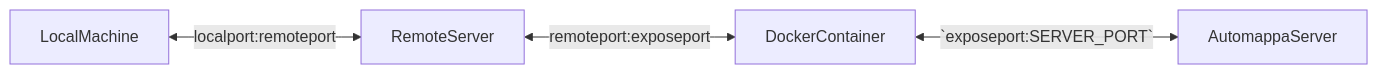
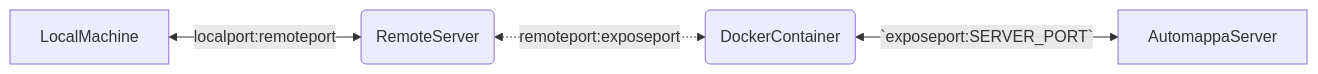
Before and after one commit to evanroyrees/Automappa: the first of 2 diagrams in docs/remote-server.md, drawn with Mermaid. The commit also changed other lines of this file, not shown here.

Commit message:
:memo::fire: align and style port forwarding example

````diff
--- a/docs/remote-server.md
+++ b/docs/remote-server.md
@@ -101,6 +101,6 @@
 ```mermaid
 graph LR
-    LocalMachine<-- localport:remoteport -->RemoteServer
-    RemoteServer<-- remoteport:exposeport -->DockerContainer
-    DockerContainer<-- `exposeport:SERVER_PORT` -->AutomappaServer
+    A[LocalMachine]<-- localport:remoteport -->B(RemoteServer)
+    B(RemoteServer)<-. remoteport:exposeport .->C(DockerContainer)
+    C(DockerContainer)<-- `exposeport:SERVER_PORT` -->D[AutomappaServer]
 ```
````
